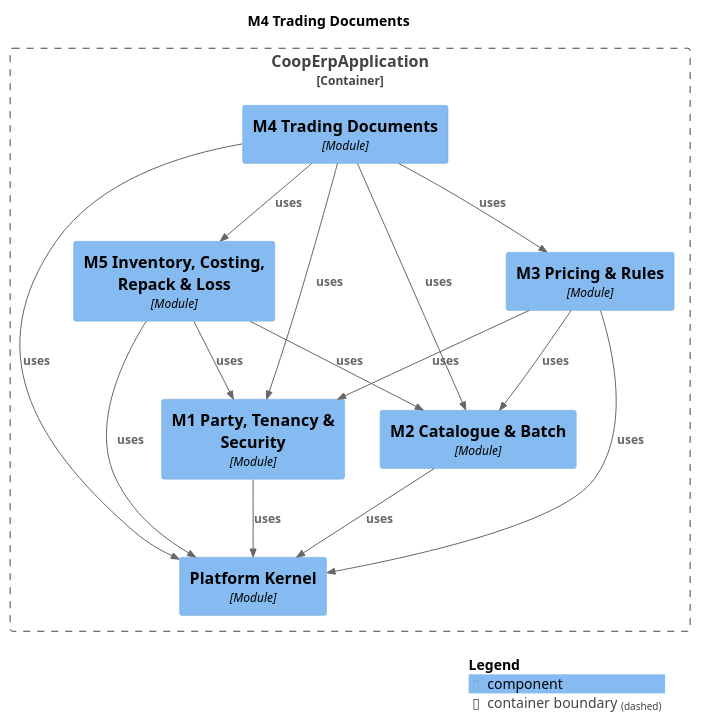
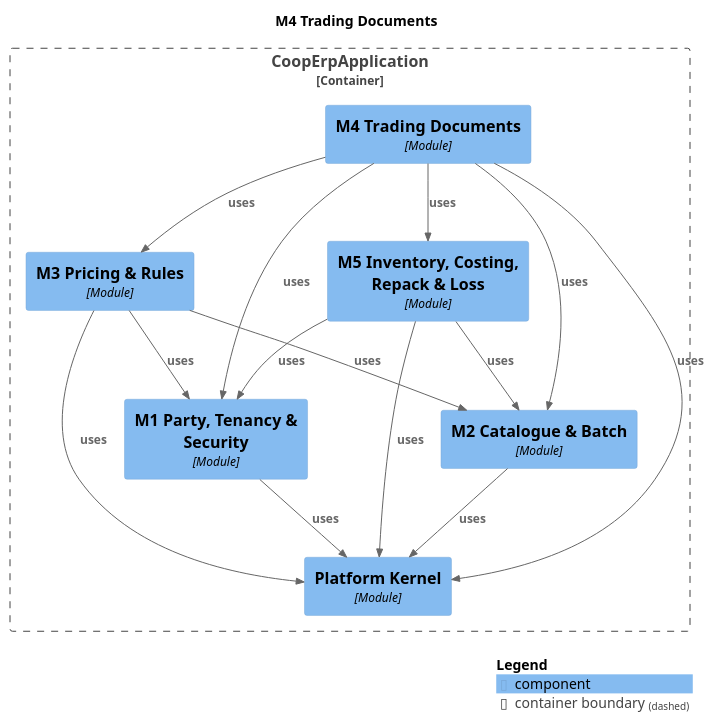
Before and after one commit to Knoweb/COOP_ERP: the diagram in docs/modules/module-m4trading.puml, drawn with PlantUML. The commit also changed other lines of this file and 15 other files, not shown here.

```diff
--- a/docs/modules/module-m4trading.puml
+++ b/docs/modules/module-m4trading.puml
@@ -1,35 +1,35 @@
 @startuml
 set separator none
 title M4 Trading Documents
 
 top to bottom direction
 
 !include <C4/C4>
 !include <C4/C4_Context>
 !include <C4/C4_Component>
 
 Container_Boundary("CoopErpApplication.CoopErpApplication_boundary", "CoopErpApplication", $tags="") {
+  Component(CoopErpApplication.CoopErpApplication.M3PricingRules, "M3 Pricing & Rules", $techn="Module", $descr="", $tags="", $link="")
   Component(CoopErpApplication.CoopErpApplication.M5InventoryCostingRepackLoss, "M5 Inventory, Costing, Repack & Loss", $techn="Module", $descr="", $tags="", $link="")
   Component(CoopErpApplication.CoopErpApplication.M4TradingDocuments, "M4 Trading Documents", $techn="Module", $descr="", $tags="", $link="")
   Component(CoopErpApplication.CoopErpApplication.PlatformKernel, "Platform Kernel", $techn="Module", $descr="", $tags="", $link="")
   Component(CoopErpApplication.CoopErpApplication.M1PartyTenancySecurity, "M1 Party, Tenancy & Security", $techn="Module", $descr="", $tags="", $link="")
   Component(CoopErpApplication.CoopErpApplication.M2CatalogueBatch, "M2 Catalogue & Batch", $techn="Module", $descr="", $tags="", $link="")
-  Component(CoopErpApplication.CoopErpApplication.M3PricingRules, "M3 Pricing & Rules", $techn="Module", $descr="", $tags="", $link="")
 }
 
 Rel(CoopErpApplication.CoopErpApplication.M1PartyTenancySecurity, CoopErpApplication.CoopErpApplication.PlatformKernel, "uses", $techn="", $tags="", $link="")
 Rel(CoopErpApplication.CoopErpApplication.M2CatalogueBatch, CoopErpApplication.CoopErpApplication.PlatformKernel, "uses", $techn="", $tags="", $link="")
-Rel(CoopErpApplication.CoopErpApplication.M3PricingRules, CoopErpApplication.CoopErpApplication.M1PartyTenancySecurity, "uses", $techn="", $tags="", $link="")
-Rel(CoopErpApplication.CoopErpApplication.M3PricingRules, CoopErpApplication.CoopErpApplication.M2CatalogueBatch, "uses", $techn="", $tags="", $link="")
-Rel(CoopErpApplication.CoopErpApplication.M3PricingRules, CoopErpApplication.CoopErpApplication.PlatformKernel, "uses", $techn="", $tags="", $link="")
+Rel(CoopErpApplication.CoopErpApplication.M5InventoryCostingRepackLoss, CoopErpApplication.CoopErpApplication.PlatformKernel, "uses", $techn="", $tags="", $link="")
+Rel(CoopErpApplication.CoopErpApplication.M5InventoryCostingRepackLoss, CoopErpApplication.CoopErpApplication.M2CatalogueBatch, "uses", $techn="", $tags="", $link="")
+Rel(CoopErpApplication.CoopErpApplication.M5InventoryCostingRepackLoss, CoopErpApplication.CoopErpApplication.M1PartyTenancySecurity, "uses", $techn="", $tags="", $link="")
+Rel(CoopErpApplication.CoopErpApplication.M4TradingDocuments, CoopErpApplication.CoopErpApplication.PlatformKernel, "uses", $techn="", $tags="", $link="")
 Rel(CoopErpApplication.CoopErpApplication.M4TradingDocuments, CoopErpApplication.CoopErpApplication.M1PartyTenancySecurity, "uses", $techn="", $tags="", $link="")
 Rel(CoopErpApplication.CoopErpApplication.M4TradingDocuments, CoopErpApplication.CoopErpApplication.M2CatalogueBatch, "uses", $techn="", $tags="", $link="")
 Rel(CoopErpApplication.CoopErpApplication.M4TradingDocuments, CoopErpApplication.CoopErpApplication.M3PricingRules, "uses", $techn="", $tags="", $link="")
 Rel(CoopErpApplication.CoopErpApplication.M4TradingDocuments, CoopErpApplication.CoopErpApplication.M5InventoryCostingRepackLoss, "uses", $techn="", $tags="", $link="")
-Rel(CoopErpApplication.CoopErpApplication.M4TradingDocuments, CoopErpApplication.CoopErpApplication.PlatformKernel, "uses", $techn="", $tags="", $link="")
-Rel(CoopErpApplication.CoopErpApplication.M5InventoryCostingRepackLoss, CoopErpApplication.CoopErpApplication.M1PartyTenancySecurity, "uses", $techn="", $tags="", $link="")
-Rel(CoopErpApplication.CoopErpApplication.M5InventoryCostingRepackLoss, CoopErpApplication.CoopErpApplication.M2CatalogueBatch, "uses", $techn="", $tags="", $link="")
-Rel(CoopErpApplication.CoopErpApplication.M5InventoryCostingRepackLoss, CoopErpApplication.CoopErpApplication.PlatformKernel, "uses", $techn="", $tags="", $link="")
+Rel(CoopErpApplication.CoopErpApplication.M3PricingRules, CoopErpApplication.CoopErpApplication.M2CatalogueBatch, "uses", $techn="", $tags="", $link="")
+Rel(CoopErpApplication.CoopErpApplication.M3PricingRules, CoopErpApplication.CoopErpApplication.PlatformKernel, "uses", $techn="", $tags="", $link="")
+Rel(CoopErpApplication.CoopErpApplication.M3PricingRules, CoopErpApplication.CoopErpApplication.M1PartyTenancySecurity, "uses", $techn="", $tags="", $link="")
 
 SHOW_LEGEND(true)
 @enduml
```
